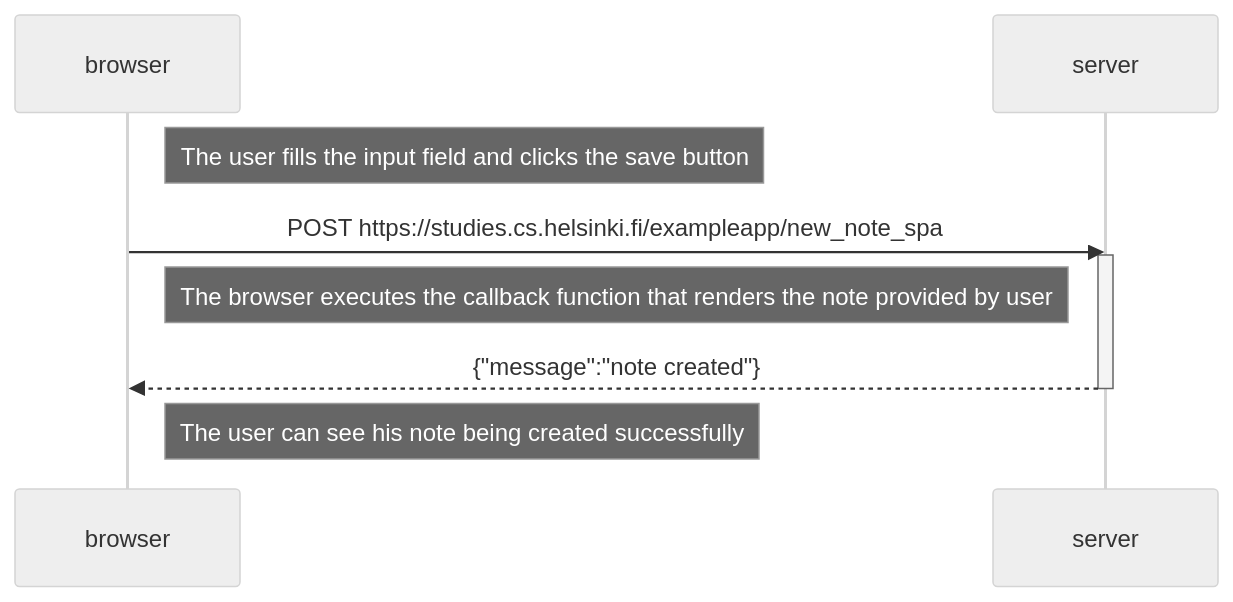
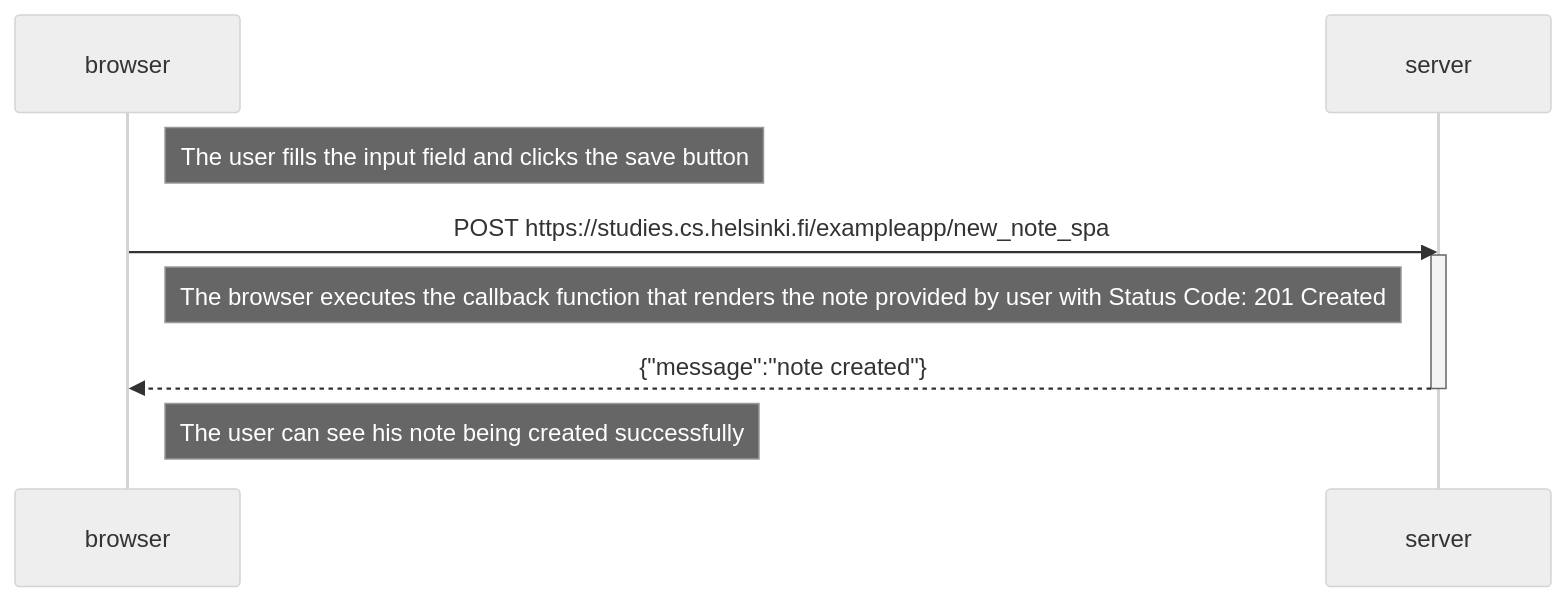
Before and after one commit to AbdulBasit619/HelsinkiCourseExercises: the diagram in Part 0/Ex 0.4/MermaidDiagram.md, drawn with Mermaid (neutral theme).

Commit message:
Completed Ex 0.4

````diff
--- a/Part 0/Ex 0.4/MermaidDiagram.md
+++ b/Part 0/Ex 0.4/MermaidDiagram.md
@@ -1,15 +1,15 @@
 ```mermaid
 sequenceDiagram
     participant browser
     participant server
 
     Note right of browser: The user fills the input field and clicks the save button
 
     browser->>server: POST https://studies.cs.helsinki.fi/exampleapp/new_note_spa
     activate server
-    Note left of server: The browser executes the callback function that renders the note provided by user
+    Note left of server: The browser executes the callback function that renders the note provided by user with Status Code: 201 Created
     server-->>browser: {"message":"note created"}
     deactivate server
 
     Note right of browser: The user can see his note being created successfully
 ```
````
